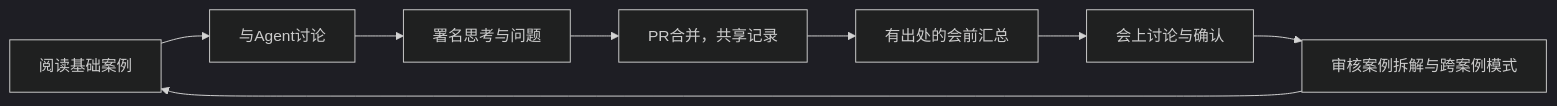
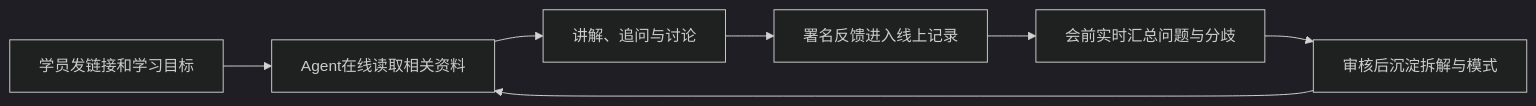
The diagram in README.md (littleduckycoin-ai/DP-FDE-school), drawn with Mermaid (dark theme) before and after one commit. The commit also changed other lines of this file and 75 other files, not shown here.

````diff
--- a/README.md
+++ b/README.md
@@ -62,10 +17,9 @@
 ```mermaid
 flowchart LR
-  A[阅读基础案例] --> B[与Agent讨论]
-  B --> C[署名思考与问题]
-  C --> D[PR合并，共享记录]
-  D --> E[有出处的会前汇总]
-  E --> F[会上讨论与确认]
-  F --> G[审核案例拆解与跨案例模式]
-  G --> A
+  A[学员发链接和学习目标] --> B[Agent在线读取相关资料]
+  B --> C[讲解、追问与讨论]
+  C --> D[署名反馈进入线上记录]
+  D --> E[会前实时汇总问题与分歧]
+  E --> F[审核后沉淀拆解与模式]
+  F --> B
 ```
````
